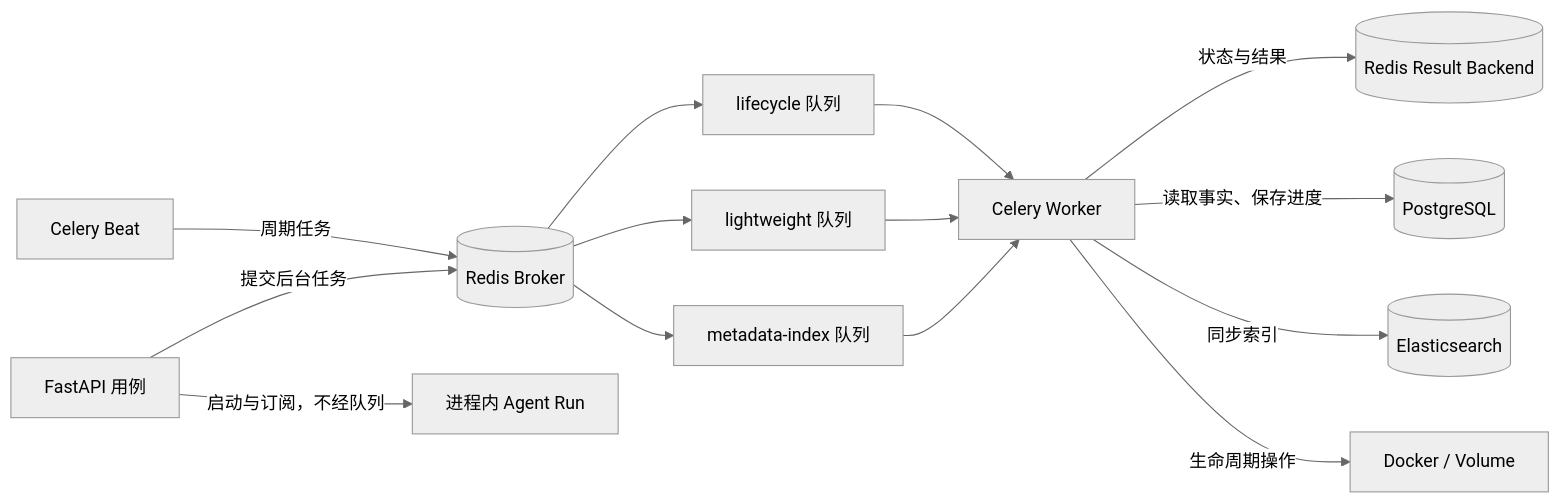
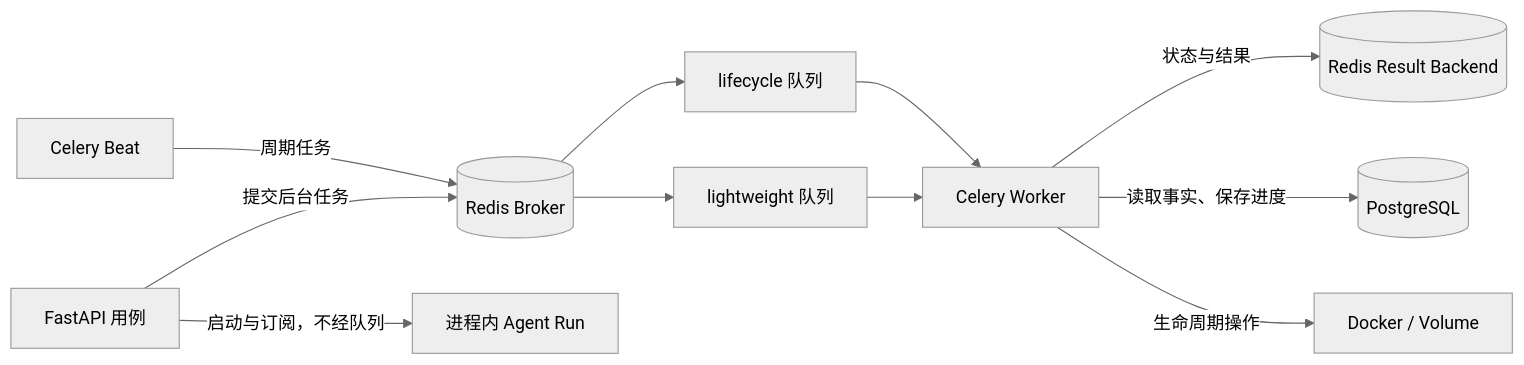
The fourth of 4 diagrams in docs/00_架构与协作总览.md (2739673455/dataagent), drawn with Mermaid (neutral theme) before and after one commit. The commit also changed other lines of this file and 71 other files, not shown here.

````diff
--- a/docs/00_架构与协作总览.md
+++ b/docs/00_架构与协作总览.md
@@ -943,16 +880,13 @@
 ```mermaid
 flowchart LR
     API[FastAPI 用例] -->|提交后台任务| BROKER[(Redis Broker)]
     BEAT[Celery Beat] -->|周期任务| BROKER
-    BROKER --> INDEX[metadata-index 队列]
     BROKER --> LIGHT[lightweight 队列]
     BROKER --> LIFE[lifecycle 队列]
-    INDEX --> WORKER[Celery Worker]
-    LIGHT --> WORKER
+    LIGHT --> WORKER[Celery Worker]
     LIFE --> WORKER
     WORKER -->|状态与结果| RESULT[(Redis Result Backend)]
     WORKER -->|读取事实、保存进度| PG[(PostgreSQL)]
-    WORKER -->|同步索引| ES[(Elasticsearch)]
     WORKER -->|生命周期操作| DOCKER[Docker / Volume]
     API -->|启动与订阅，不经队列| RUN[进程内 Agent Run]
 ```
````
